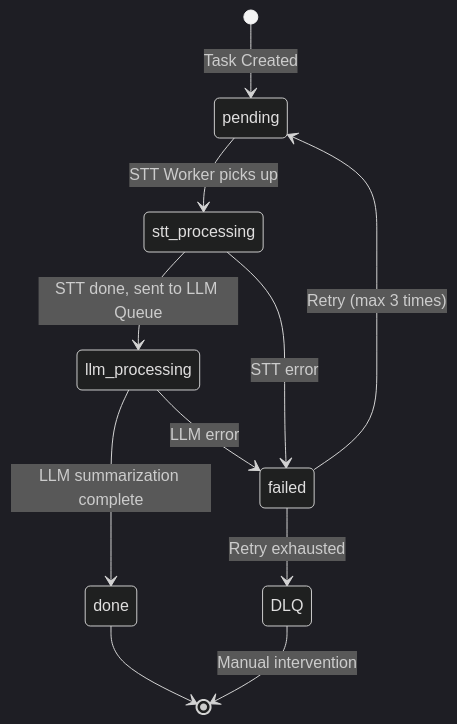
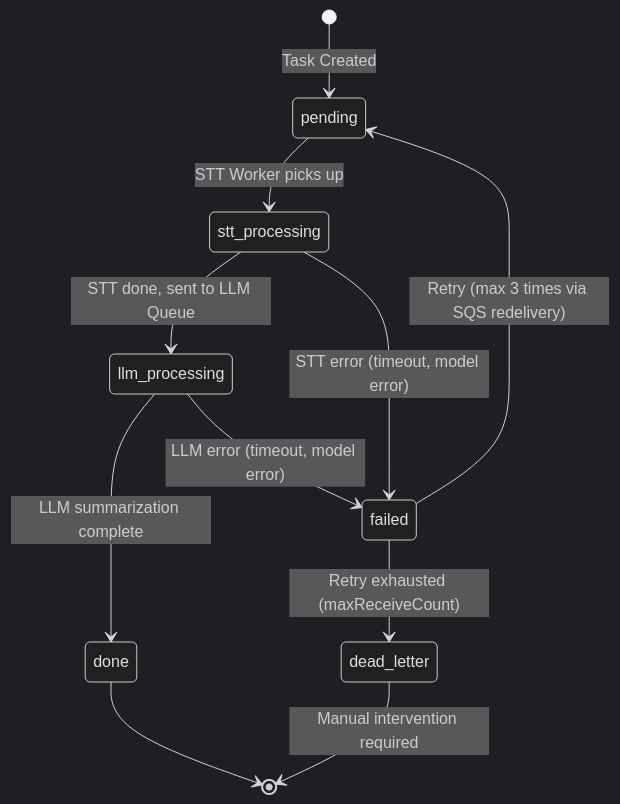
One commit to m24927605/system-architecture-design changed the fifth of 11 diagrams in ARCHITECTURE.md. Above: the diagram before and after it, drawn with Mermaid (dark theme). The commit also changed other lines of this file, not shown here.

First line of the commit message:
docs: rewrite ARCHITECTURE.md with 3-phase evolutionary architecture

````diff
--- a/ARCHITECTURE.md
+++ b/ARCHITECTURE.md
@@ -177,18 +579,18 @@
 ```mermaid
 stateDiagram-v2
     [*] --> pending: Task Created
 
     pending --> stt_processing: STT Worker picks up
 
     stt_processing --> llm_processing: STT done, sent to LLM Queue
-    stt_processing --> failed: STT error
+    stt_processing --> failed: STT error (timeout, model error)
 
     llm_processing --> done: LLM summarization complete
-    llm_processing --> failed: LLM error
+    llm_processing --> failed: LLM error (timeout, model error)
 
-    failed --> pending: Retry (max 3 times)
-    failed --> DLQ: Retry exhausted
+    failed --> pending: Retry (max 3 times via SQS redelivery)
+    failed --> dead_letter: Retry exhausted (maxReceiveCount)
 
     done --> [*]
-    DLQ --> [*]: Manual intervention
+    dead_letter --> [*]: Manual intervention required
 ```
````
